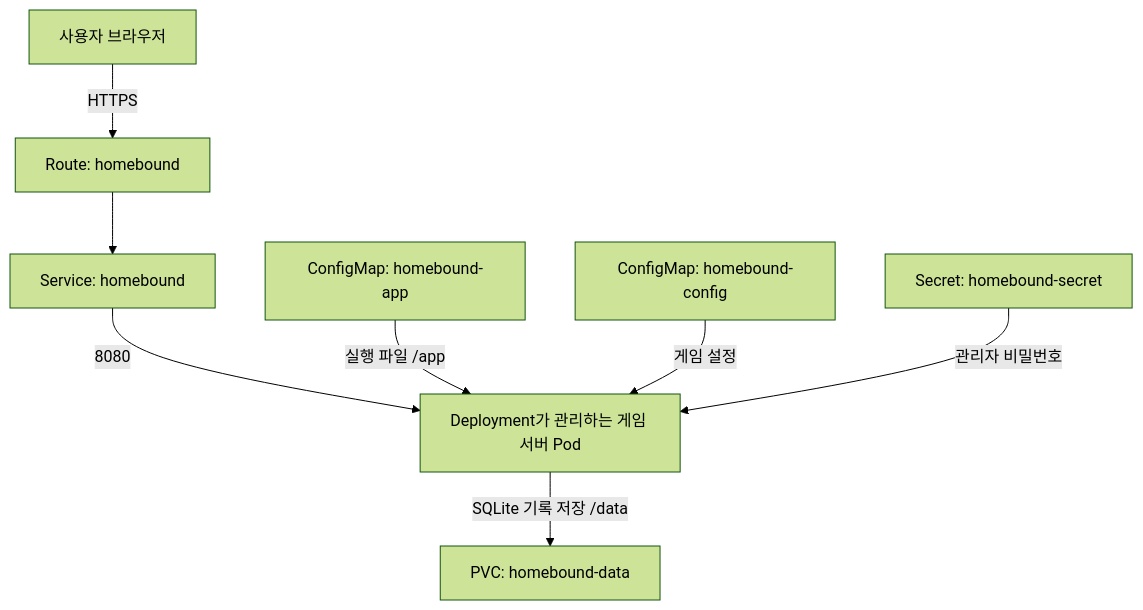
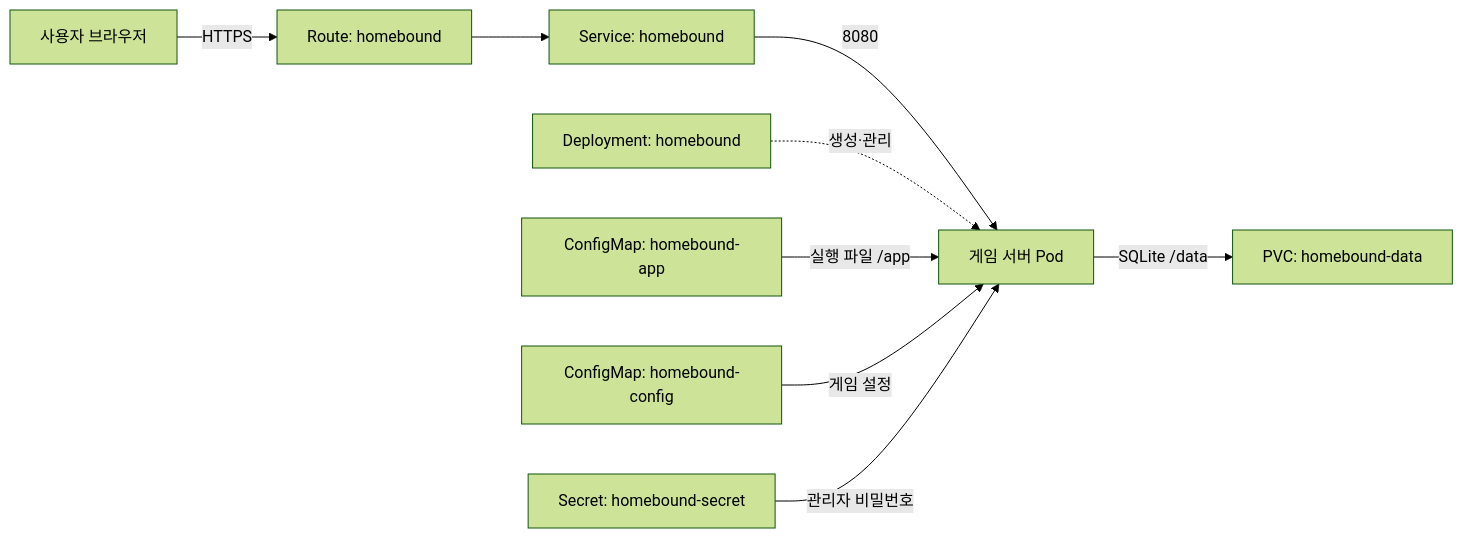
Before and after one commit to junyi04/Homebound: the diagram in students/202355513/README.md, drawn with Mermaid (forest theme). The commit also changed other lines of this file and 1 other file, not shown here.

````diff
--- a/students/202355513/README.md
+++ b/students/202355513/README.md
@@ -32,10 +33,11 @@
 ```mermaid
-flowchart TD
+flowchart LR
     User[사용자 브라우저] -->|HTTPS| Route[Route: homebound]
     Route --> Service[Service: homebound]
-    Service -->|8080| Pod[Deployment가 관리하는 게임 서버 Pod]
-    Code[ConfigMap: homebound-app] -->|실행 파일 /app| Pod
+    Service -->|8080| Pod[게임 서버 Pod]
+    Deployment[Deployment: homebound] -.->|생성·관리| Pod
+    App[ConfigMap: homebound-app] -->|실행 파일 /app| Pod
     Config[ConfigMap: homebound-config] -->|게임 설정| Pod
     Secret[Secret: homebound-secret] -->|관리자 비밀번호| Pod
-    Pod -->|SQLite 기록 저장 /data| PVC[PVC: homebound-data]
+    Pod -->|SQLite /data| PVC[PVC: homebound-data]
 ```
````
